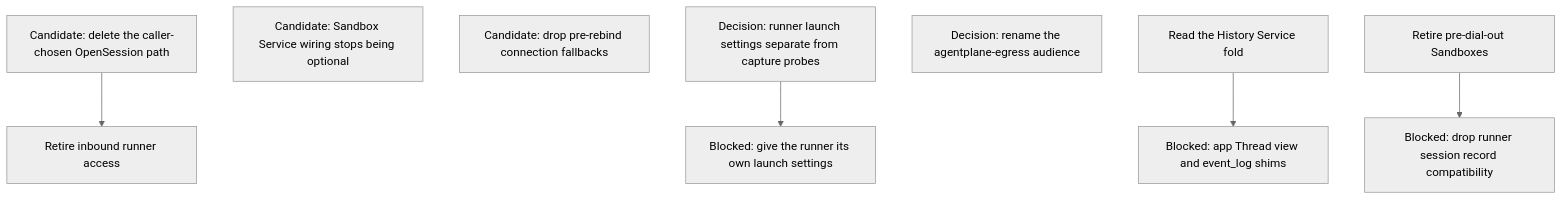
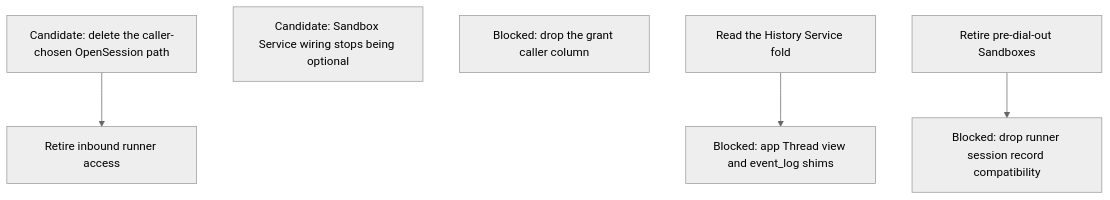
Before and after one commit to agentydragon-agent/ducktape: diagram 11 of 11 in agentplane/plans/task_dag.md, drawn with Mermaid (neutral theme). The commit also changed other lines of this file and 9 other files, not shown here.

````diff
--- a/agentplane/plans/task_dag.md
+++ b/agentplane/plans/task_dag.md
@@ -1019,18 +1019,14 @@
 ```mermaid
 flowchart TD
     OPEN_SESSION_RETIRE[Candidate: delete the caller-chosen OpenSession path]
     SANDBOX_SERVICE_RESOURCES_REQUIRED[Candidate: Sandbox Service wiring stops being optional]
-    ACTION_CONNECTION_REBIND_SHIMS[Candidate: drop pre-rebind connection fallbacks]
-    RUNNER_LAUNCH_SETTINGS[Decision: runner launch settings separate from capture probes]
-    WORKLOAD_AUDIENCE_RENAME[Decision: rename the agentplane-egress audience]
+    ACTION_GRANT_CALLER_DROP[Blocked: drop the grant caller column]
     APP_THREAD_VIEW_CLEANUP[Blocked: app Thread view and event_log shims]
     RUNNER_INBOUND_RETIRE[Retire inbound runner access]
     FOLD_READ_CUTOVER[Read the History Service fold]
     OPEN_SESSION_RETIRE --> RUNNER_INBOUND_RETIRE
-    RUNNER_LAUNCH_SETTINGS_SPLIT[Blocked: give the runner its own launch settings]
-    RUNNER_LAUNCH_SETTINGS --> RUNNER_LAUNCH_SETTINGS_SPLIT
     FOLD_READ_CUTOVER --> APP_THREAD_VIEW_CLEANUP
     RUNNER_SESSION_RECORD_SHIMS[Blocked: drop runner session record compatibility]
     LEGACY_SANDBOX_RETIRE[Retire pre-dial-out Sandboxes]
     LEGACY_SANDBOX_RETIRE --> RUNNER_SESSION_RECORD_SHIMS
 ```
````
